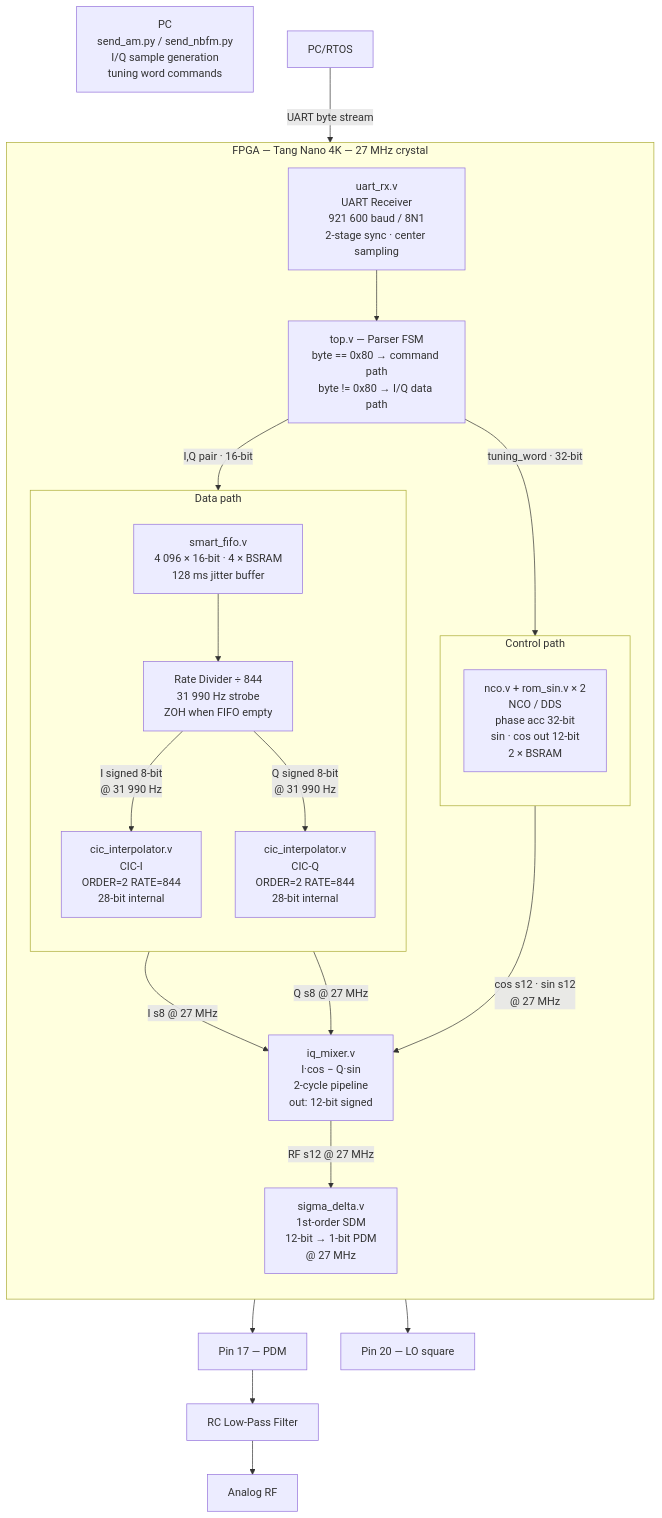
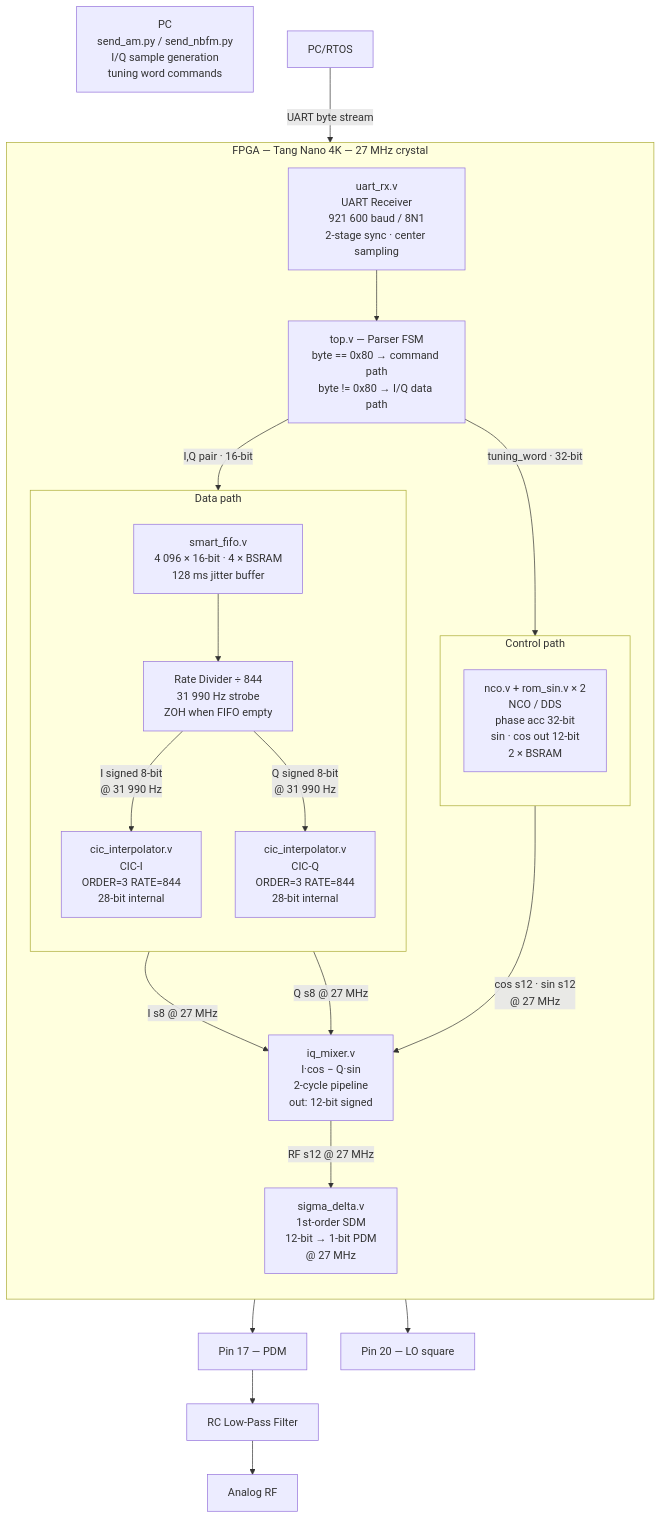
The first of 4 diagrams in README.md (xventus/NanoSDR-TX), drawn with Mermaid before and after one commit. The commit also changed other lines of this file, not shown here.

Commit message:
Update cic_interpolator and sigma_delta descriptions

````diff
--- a/README.md
+++ b/README.md
@@ -50,50 +50,50 @@
 ```mermaid
 graph TD
     PC["PC<br/>send_am.py / send_nbfm.py<br/>I/Q sample generation<br/>tuning word commands"]
 
     subgraph FPGA["FPGA — Tang Nano 4K — 27 MHz crystal"]
         direction TB
 
         UARTRX["uart_rx.v<br/>UART Receiver<br/>921 600 baud / 8N1<br/>2-stage sync · center sampling"]
 
         PARSER["top.v — Parser FSM<br/>byte == 0x80 → command path<br/>byte != 0x80 → I/Q data path"]
 
         subgraph CTRL["Control path"]
             direction TB
             NCO["nco.v + rom_sin.v × 2<br/>NCO / DDS<br/>phase acc 32-bit<br/>sin · cos out 12-bit<br/>2 × BSRAM"]
         end
 
         subgraph DATA["Data path"]
             direction TB
             FIFO["smart_fifo.v<br/>4 096 × 16-bit · 4 × BSRAM<br/>128 ms jitter buffer"]
             RATEDIV["Rate Divider ÷ 844<br/>31 990 Hz strobe<br/>ZOH when FIFO empty"]
-            CICI["cic_interpolator.v<br/>CIC-I<br/>ORDER=2  RATE=844<br/>28-bit internal"]
-            CICQ["cic_interpolator.v<br/>CIC-Q<br/>ORDER=2  RATE=844<br/>28-bit internal"]
+            CICI["cic_interpolator.v<br/>CIC-I<br/>ORDER=3  RATE=844<br/>28-bit internal"]
+            CICQ["cic_interpolator.v<br/>CIC-Q<br/>ORDER=3  RATE=844<br/>28-bit internal"]
         end
 
         MIXER["iq_mixer.v<br/>I·cos − Q·sin<br/>2-cycle pipeline<br/>out: 12-bit signed"]
 
         SD["sigma_delta.v<br/>1st-order SDM<br/>12-bit → 1-bit PDM<br/>@ 27 MHz"]
     end
 
     PIN17["Pin 17 — PDM"]
     PIN20["Pin 20 — LO square"]
     RCFILT["RC Low-Pass Filter<br/>"]
     RF["Analog RF"]
 
     PC/RTOS     -->|"UART byte stream"| UARTRX
     UARTRX      --> PARSER
     PARSER      -->|"I,Q pair · 16-bit"| FIFO
     PARSER      -->|"tuning_word · 32-bit"| NCO
     FIFO        --> RATEDIV
     RATEDIV     -->|"I signed 8-bit<br/>@ 31 990 Hz"| CICI
     RATEDIV     -->|"Q signed 8-bit<br/>@ 31 990 Hz"| CICQ
     CICI        -->|"I s8 @ 27 MHz"| MIXER
     CICQ        -->|"Q s8 @ 27 MHz"| MIXER
     NCO         -->|"cos s12 · sin s12<br/>@ 27 MHz"| MIXER
     MIXER       -->|"RF s12 @ 27 MHz"| SD
     SD          --> PIN17
     NCO         --> PIN20
     PIN17       --> RCFILT
     RCFILT      --> RF
 ```
````
